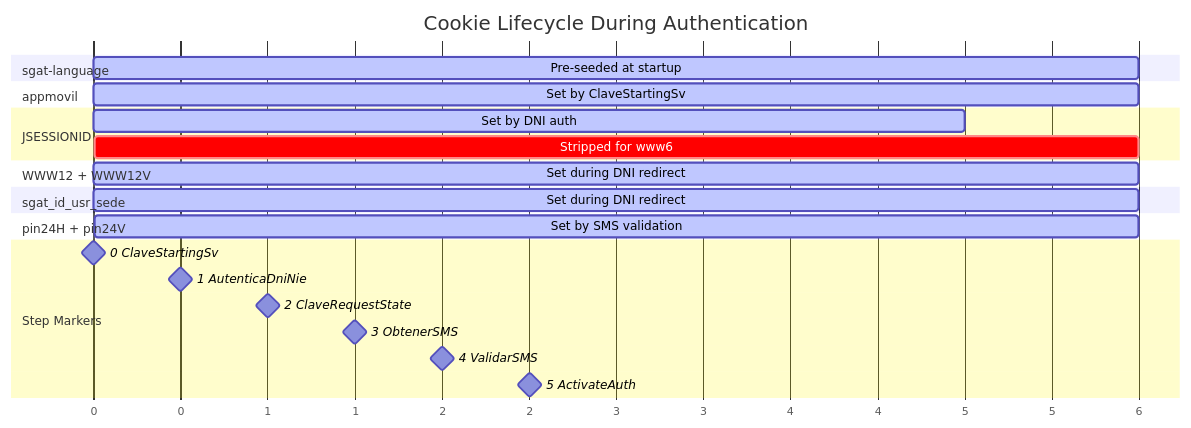
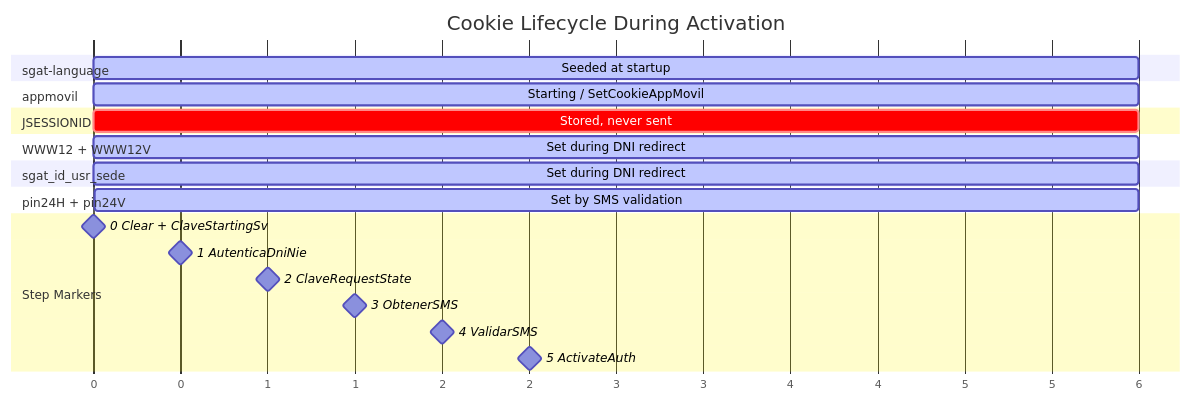
One commit to gabela-io/llave changed the third of 3 diagrams in book/src/implementation-guide/cookie-management.md. Above: the diagram before and after it, drawn with Mermaid. The commit also changed other lines of this file and 27 other files, not shown here.

````diff
--- a/book/src/implementation-guide/cookie-management.md
+++ b/book/src/implementation-guide/cookie-management.md
@@ -83,33 +72,32 @@
 ```mermaid
 gantt
-    title Cookie Lifecycle During Authentication
+    title Cookie Lifecycle During Activation
     dateFormat X
     axisFormat %s
 
     section sgat-language
-    Pre-seeded at startup       :active, 0, 6
+    Seeded at startup           :active, 0, 6
 
     section appmovil
-    Set by ClaveStartingSv      :active, 1, 6
+    Starting / SetCookieAppMovil :active, 1, 6
 
     section JSESSIONID
-    Set by DNI auth             :active, 2, 5
-    Stripped for www6            :crit, 5, 6
+    Stored, never sent          :crit, 2, 6
 
     section WWW12 + WWW12V
     Set during DNI redirect     :active, 2, 6
 
     section sgat_id_usr_sede
     Set during DNI redirect     :active, 2, 6
 
     section pin24H + pin24V
     Set by SMS validation       :active, 4, 6
 
     section Step Markers
-    0 ClaveStartingSv           :milestone, 0, 0
+    0 Clear + ClaveStartingSv   :milestone, 0, 0
     1 AutenticaDniNie           :milestone, 1, 1
     2 ClaveRequestState         :milestone, 2, 2
     3 ObtenerSMS                :milestone, 3, 3
     4 ValidarSMS                :milestone, 4, 4
     5 ActivateAuth              :milestone, 5, 5
 ```
````
